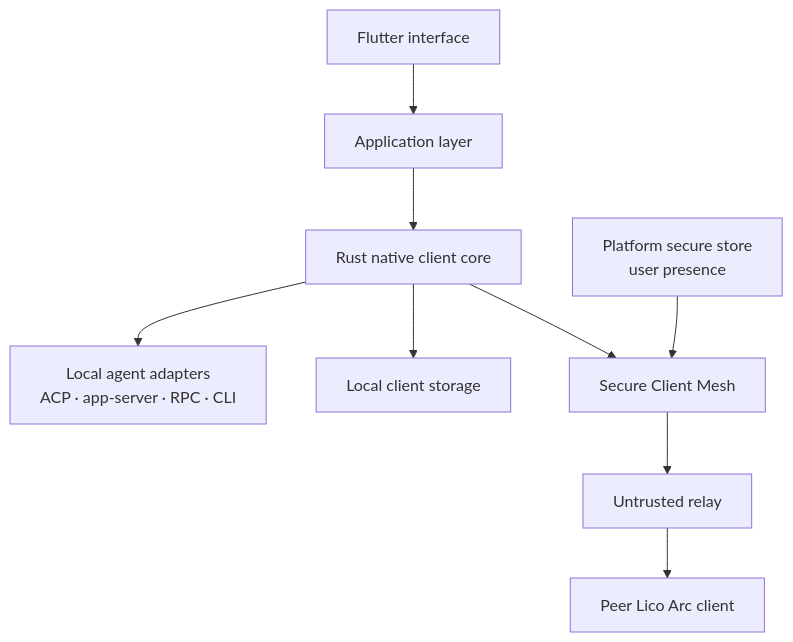
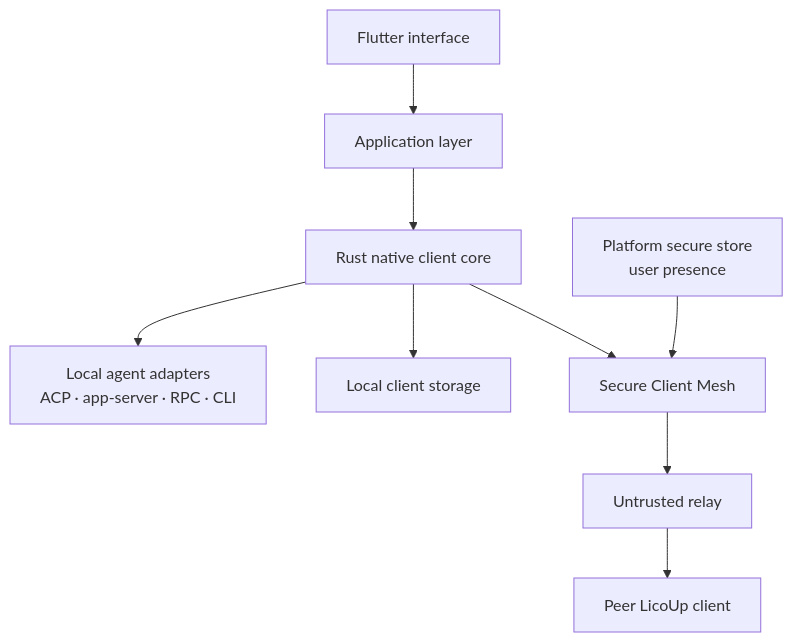
One commit to LicoLand/LicoUp changed the first of 3 diagrams in docs/architecture/README.md. Above: the diagram before and after it, drawn with Mermaid. The commit also changed other lines of this file and 2544 other files, not shown here.

Commit message:
migrate client repository to LicoUp authority

````diff
--- a/docs/architecture/README.md
+++ b/docs/architecture/README.md
@@ -23,11 +24,11 @@
 ```mermaid
 flowchart TB
     UI["Flutter interface"] --> APP["Application layer"]
     APP --> CORE["Rust native client core"]
     CORE --> AGENTS["Local agent adapters<br/>ACP · app-server · RPC · CLI"]
     CORE --> STORE["Local client storage"]
     CORE --> MESH["Secure Client Mesh"]
     MESH --> RELAY["Untrusted relay"]
-    RELAY --> PEER["Peer Lico Arc client"]
+    RELAY --> PEER["Peer LicoUp client"]
     KEYS["Platform secure store<br/>user presence"] --> MESH
 ```
````
